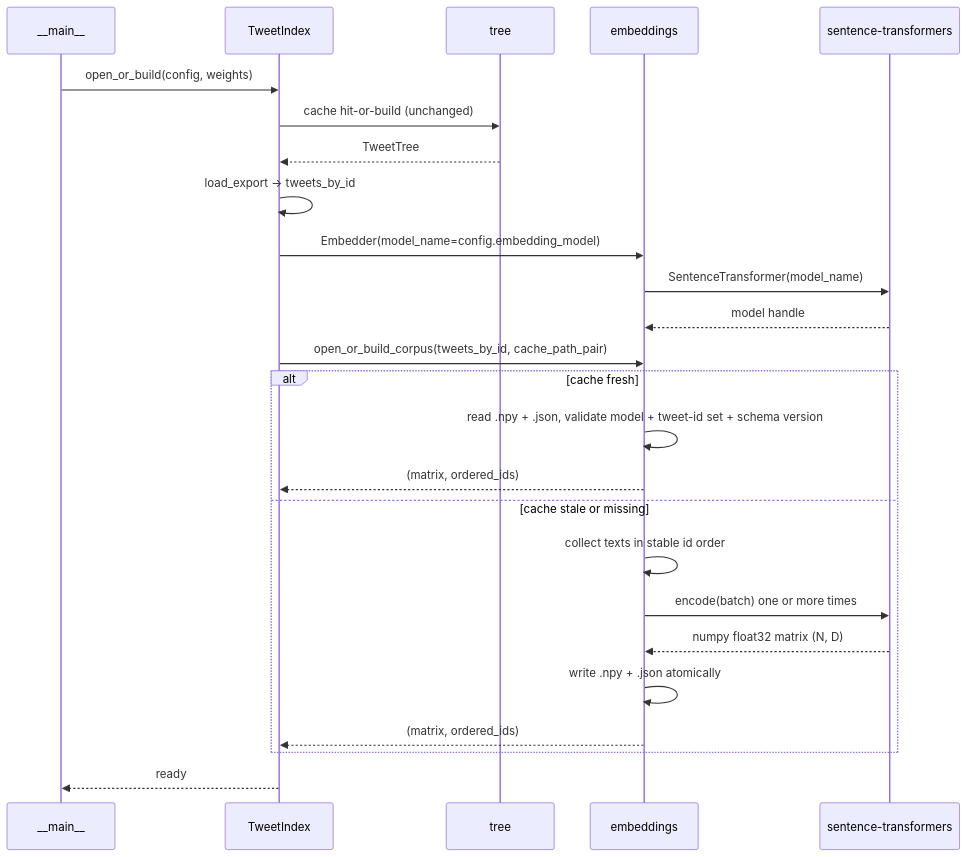
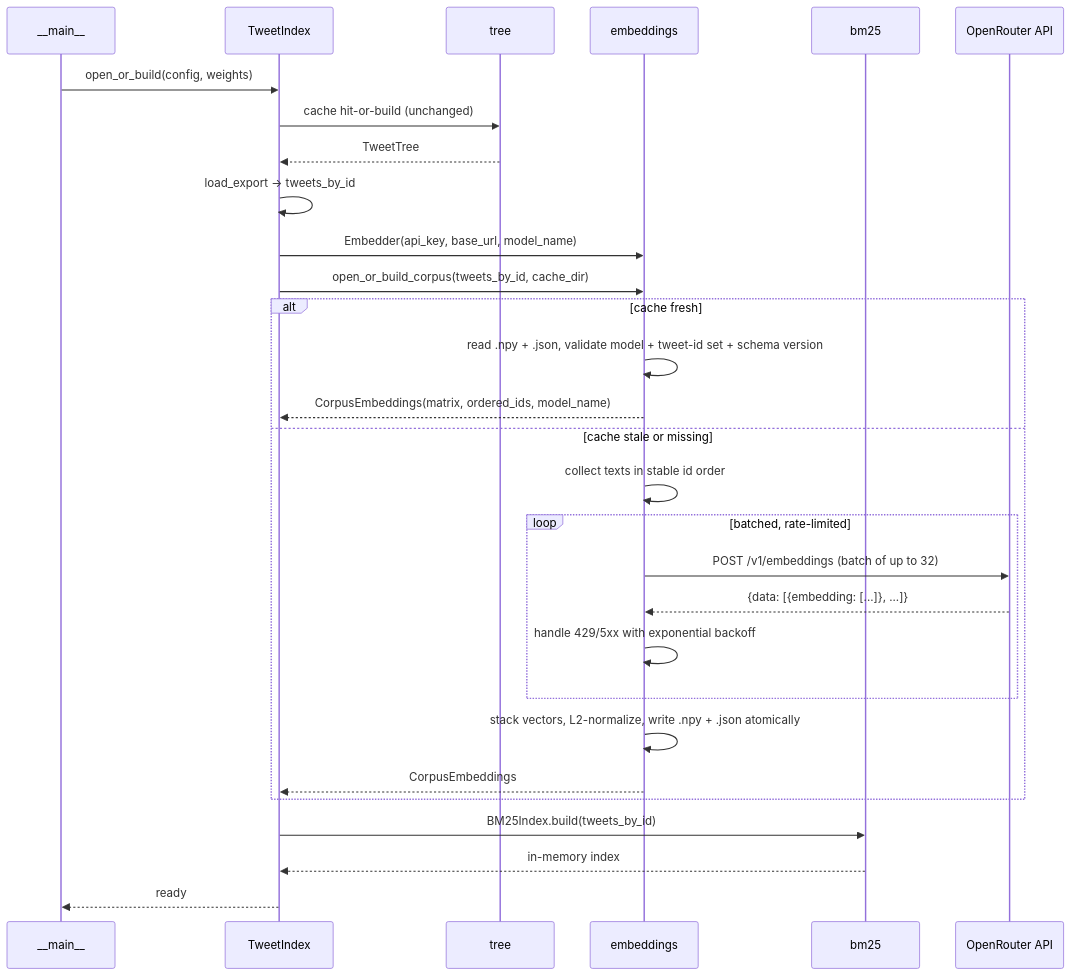
The second of 3 diagrams in .kiro/specs/mcp-fast-search/design.md (norandom/x_likes_scraper), drawn with Mermaid before and after one commit. The commit also changed other lines of this file and 3 other files, not shown here.

First line of the commit message:
docs(mcp-fast-search): rewrite spec to hybrid OpenRouter + BM25 architecture

````diff
--- a/.kiro/specs/mcp-fast-search/design.md
+++ b/.kiro/specs/mcp-fast-search/design.md
@@ -174,28 +194,32 @@
 ```mermaid
 sequenceDiagram
     participant Main as __main__
     participant Index as TweetIndex
     participant Tree as tree
     participant Embed as embeddings
-    participant ST as sentence-transformers
+    participant BM25 as bm25
+    participant OR as OpenRouter API
 
     Main->>Index: open_or_build(config, weights)
     Index->>Tree: cache hit-or-build (unchanged)
     Tree-->>Index: TweetTree
     Index->>Index: load_export -> tweets_by_id
-    Index->>Embed: Embedder(model_name=config.embedding_model)
-    Embed->>ST: SentenceTransformer(model_name)
-    ST-->>Embed: model handle
-    Index->>Embed: open_or_build_corpus(tweets_by_id, cache_path_pair)
+    Index->>Embed: Embedder(api_key, base_url, model_name)
+    Index->>Embed: open_or_build_corpus(tweets_by_id, cache_dir)
     alt cache fresh
         Embed->>Embed: read .npy + .json, validate model + tweet-id set + schema version
-        Embed-->>Index: (matrix, ordered_ids)
+        Embed-->>Index: CorpusEmbeddings(matrix, ordered_ids, model_name)
     else cache stale or missing
         Embed->>Embed: collect texts in stable id order
-        Embed->>ST: encode(batch) one or more times
-        ST-->>Embed: numpy float32 matrix (N, D)
-        Embed->>Embed: write .npy + .json atomically
-        Embed-->>Index: (matrix, ordered_ids)
+        loop batched, rate-limited
+            Embed->>OR: POST /v1/embeddings (batch of up to 32)
+            OR-->>Embed: {data: [{embedding: [...]}, ...]}
+            Embed->>Embed: handle 429/5xx with exponential backoff
+        end
+        Embed->>Embed: stack vectors, L2-normalize, write .npy + .json atomically
+        Embed-->>Index: CorpusEmbeddings
     end
+    Index->>BM25: BM25Index.build(tweets_by_id)
+    BM25-->>Index: in-memory index
     Index-->>Main: ready
 ```
````
